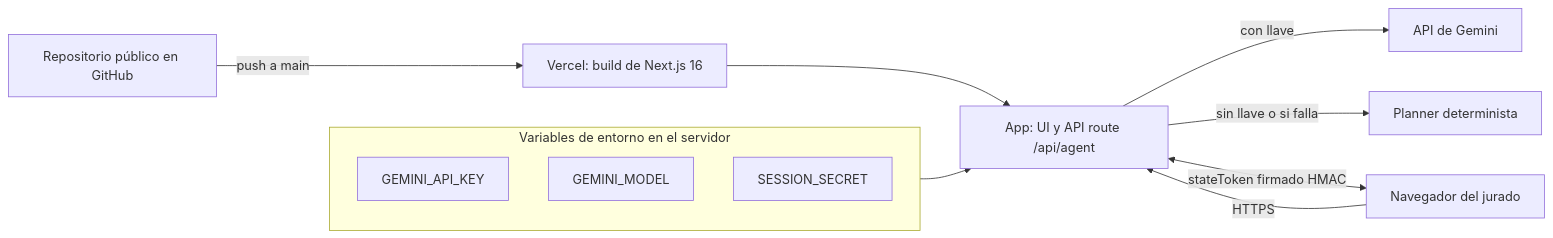
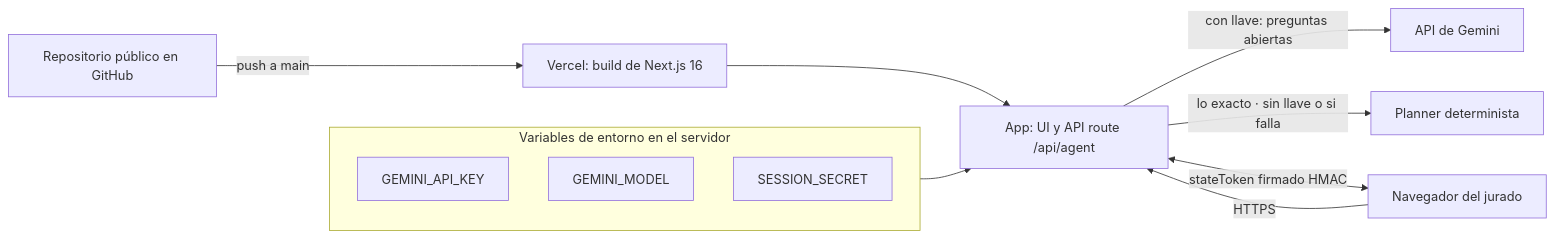
One commit to JaimeUDistrital/postventa-agentica changed the eighth of 8 diagrams in ARQUITECTURA_Y_SOLUCION.md. Above: the diagram before and after it, drawn with Mermaid. The commit also changed other lines of this file and 1 other file, not shown here.

````diff
--- a/ARQUITECTURA_Y_SOLUCION.md
+++ b/ARQUITECTURA_Y_SOLUCION.md
@@ -357,17 +358,17 @@
 ```mermaid
 flowchart LR
     DEV["Repositorio público en GitHub"] -->|"push a main"| VER["Vercel: build de Next.js 16"]
     VER --> APPV["App: UI y API route /api/agent"]
 
     subgraph Vars ["Variables de entorno en el servidor"]
         K1["GEMINI_API_KEY"]
         K2["GEMINI_MODEL"]
         K3["SESSION_SECRET"]
     end
 
     Vars --> APPV
     USR["Navegador del jurado"] -->|"HTTPS"| APPV
-    APPV -->|"con llave"| GEM["API de Gemini"]
-    APPV -->|"sin llave o si falla"| DET["Planner determinista"]
+    APPV -->|"con llave: preguntas abiertas"| GEM["API de Gemini"]
+    APPV -->|"lo exacto · sin llave o si falla"| DET["Planner determinista"]
     APPV <-->|"stateToken firmado HMAC"| USR
 ```
````
